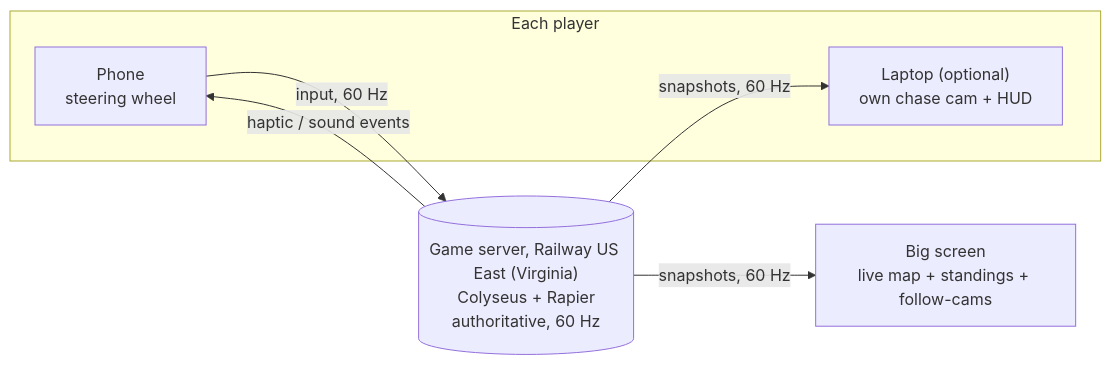
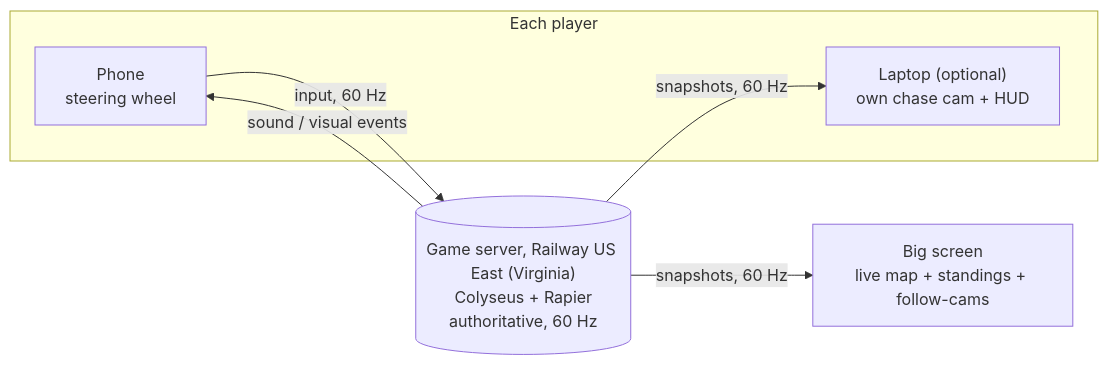
The diagram in README.md (goraxyy/raceball), drawn with Mermaid before and after one commit. The commit also changed other lines of this file and 8 other files, not shown here.

````diff
--- a/README.md
+++ b/README.md
@@ -51,13 +51,13 @@
 ```mermaid
 flowchart LR
   subgraph Each player
     P["Phone<br/>steering wheel"]
     L["Laptop (optional)<br/>own chase cam + HUD"]
   end
   S[("Game server, Railway US East (Virginia)<br/>Colyseus + Rapier<br/>authoritative, 60 Hz")]
   B["Big screen<br/>live map + standings + follow-cams"]
   P -- "input, 60 Hz" --> S
   S -- "snapshots, 60 Hz" --> L
   S -- "snapshots, 60 Hz" --> B
-  S -- "haptic / sound events" --> P
+  S -- "sound / visual events" --> P
 ```
````
